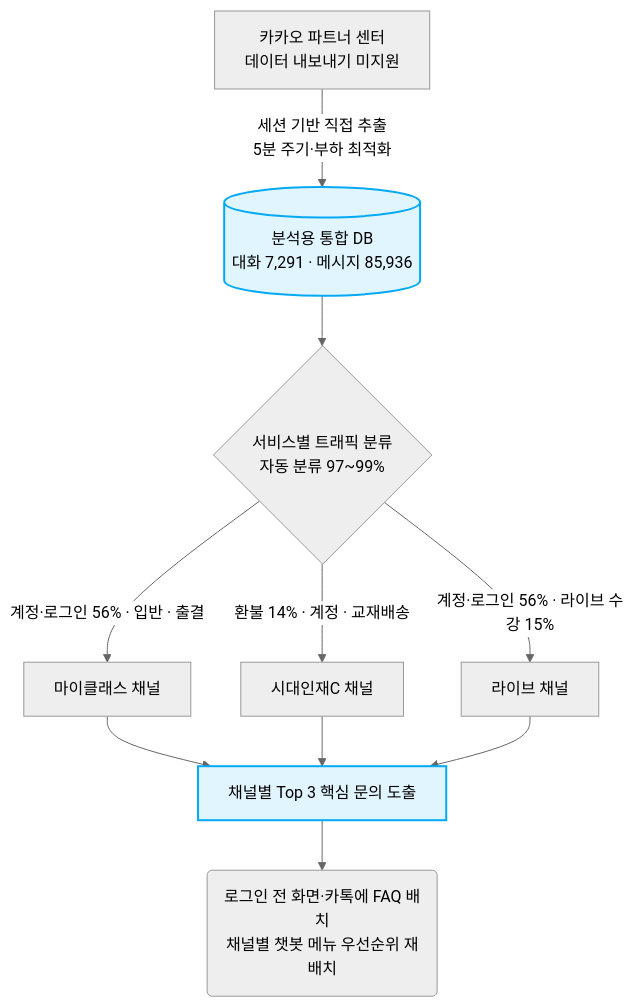
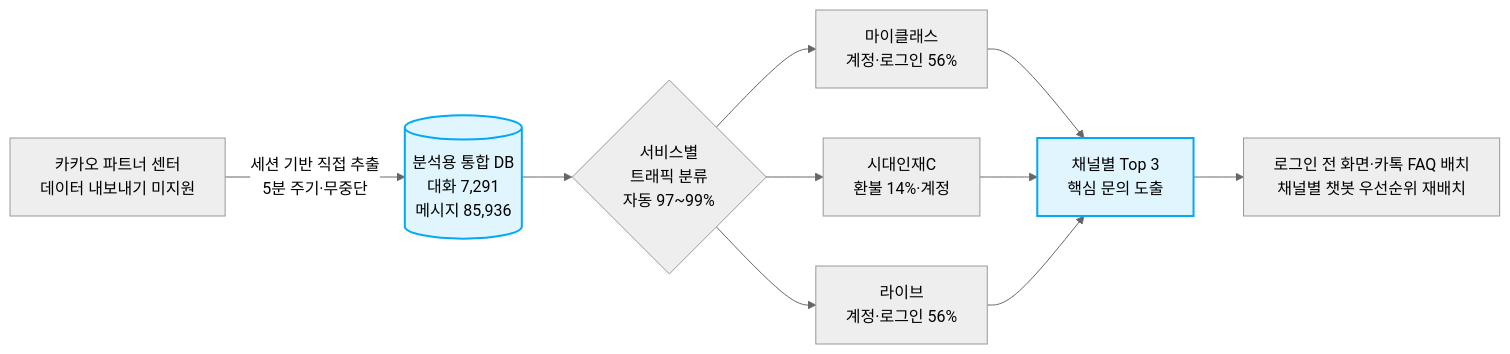
The first of 2 diagrams in analysis/kakao-collect/카카오상담수집_컨플루언스.md (layr8x/Wiki), drawn with Mermaid (neutral theme) before and after one commit. The commit also changed 2 other files, not shown here.

Commit message:
docs(kakao-collect): 인포그래픽 각진 패널·정확 수치 + 흐름도 가로형(한글정상)
- 인포그래픽 패널 라운드(둥근 모서리) 제거 → 직각, 채널 비중 정확 수치, Pretendard 명시
- Mermaid 흐름도 세로(TD)→가로(LR), 잘림 없는 가로 흐름도 PNG로 교체

Claude-Session: https://claude.ai/code/session_01Nzu6yU89gNSfKBGkjDZhHL

````diff
--- a/analysis/kakao-collect/카카오상담수집_컨플루언스.md
+++ b/analysis/kakao-collect/카카오상담수집_컨플루언스.md
@@ -23,15 +23,13 @@
 ```mermaid
-graph TD
-    A[카카오 파트너 센터<br>데이터 내보내기 미지원] -->|세션 기반 직접 추출<br>5분 주기·부하 최적화| B[(분석용 통합 DB<br>대화 7,291 · 메시지 85,936)]
-    B --> C{서비스별 트래픽 분류<br>자동 분류 97~99%}
-
-    C -->|계정·로그인 56% · 입반 · 출결| D[마이클래스 채널]
-    C -->|환불 14% · 계정 · 교재배송| E[시대인재C 채널]
-    C -->|계정·로그인 56% · 라이브 수강 15%| F[라이브 채널]
-
-    D & E & F --> G[채널별 Top 3 핵심 문의 도출]
-    G --> H(로그인 전 화면·카톡에 FAQ 배치<br>채널별 챗봇 메뉴 우선순위 재배치)
+graph LR
+    A[카카오 파트너 센터<br>데이터 내보내기 미지원] -->|세션 기반 직접 추출<br>5분 주기·무중단| B[(분석용 통합 DB<br>대화 7,291<br>메시지 85,936)]
+    B --> C{서비스별<br>트래픽 분류<br>자동 97~99%}
+    C --> D[마이클래스<br>계정·로그인 56%]
+    C --> E[시대인재C<br>환불 14%·계정]
+    C --> F[라이브<br>계정·로그인 56%]
+    D & E & F --> G[채널별 Top 3<br>핵심 문의 도출]
+    G --> H[로그인 전 화면·카톡 FAQ 배치<br>채널별 챗봇 우선순위 재배치]
 
     classDef highlight fill:#e1f5fe,stroke:#03a9f4,stroke-width:2px;
     class B,G highlight;
 ```
````
